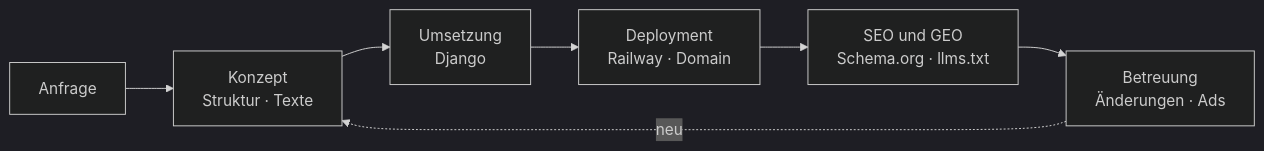
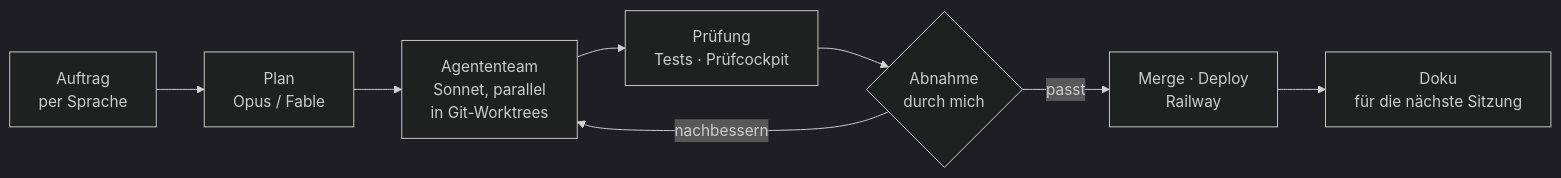
The second of 8 diagrams in README.md (BastianScherzinger/BastianScherzinger), drawn with Mermaid (dark theme) before and after one commit. The commit also changed other lines of this file and 12 other files, not shown here.

````diff
--- a/README.md
+++ b/README.md
@@ -19,9 +99,10 @@
 ```mermaid
 flowchart LR
-    A["Anfrage"] --> B["Konzept<br/>Struktur · Texte"]
-    B --> C["Umsetzung<br/>Django"]
-    C --> D["Deployment<br/>Railway · Domain"]
-    D --> E["SEO und GEO<br/>Schema.org · llms.txt"]
-    E --> F["Betreuung<br/>Änderungen · Ads"]
-    F -. neu .-> B
+    A["Auftrag<br/>per Sprache"] --> B["Plan<br/>Opus / Fable"]
+    B --> C["Agententeam<br/>Sonnet, parallel<br/>in Git-Worktrees"]
+    C --> D["Prüfung<br/>Tests · Prüfcockpit"]
+    D --> E{"Abnahme<br/>durch mich"}
+    E -->|passt| F["Merge · Deploy<br/>Railway"]
+    E -->|nachbessern| C
+    F --> G["Doku<br/>für die nächste Sitzung"]
 ```
````
